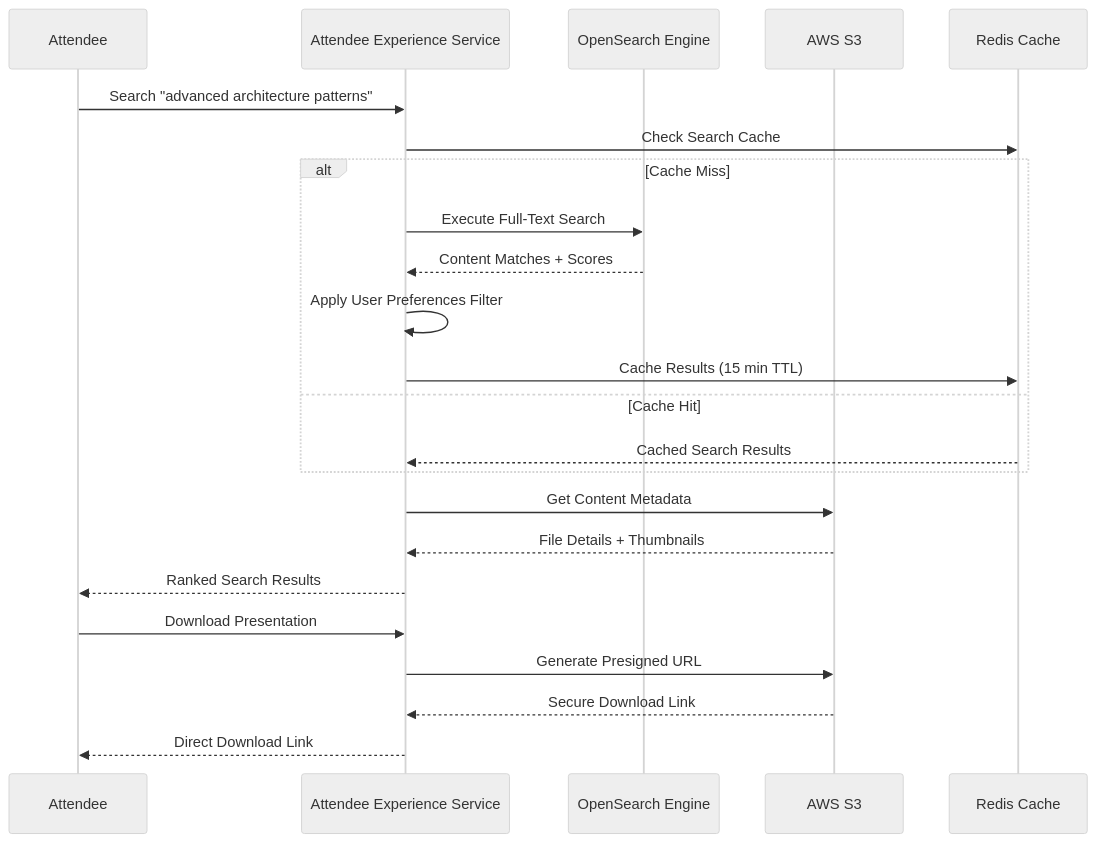
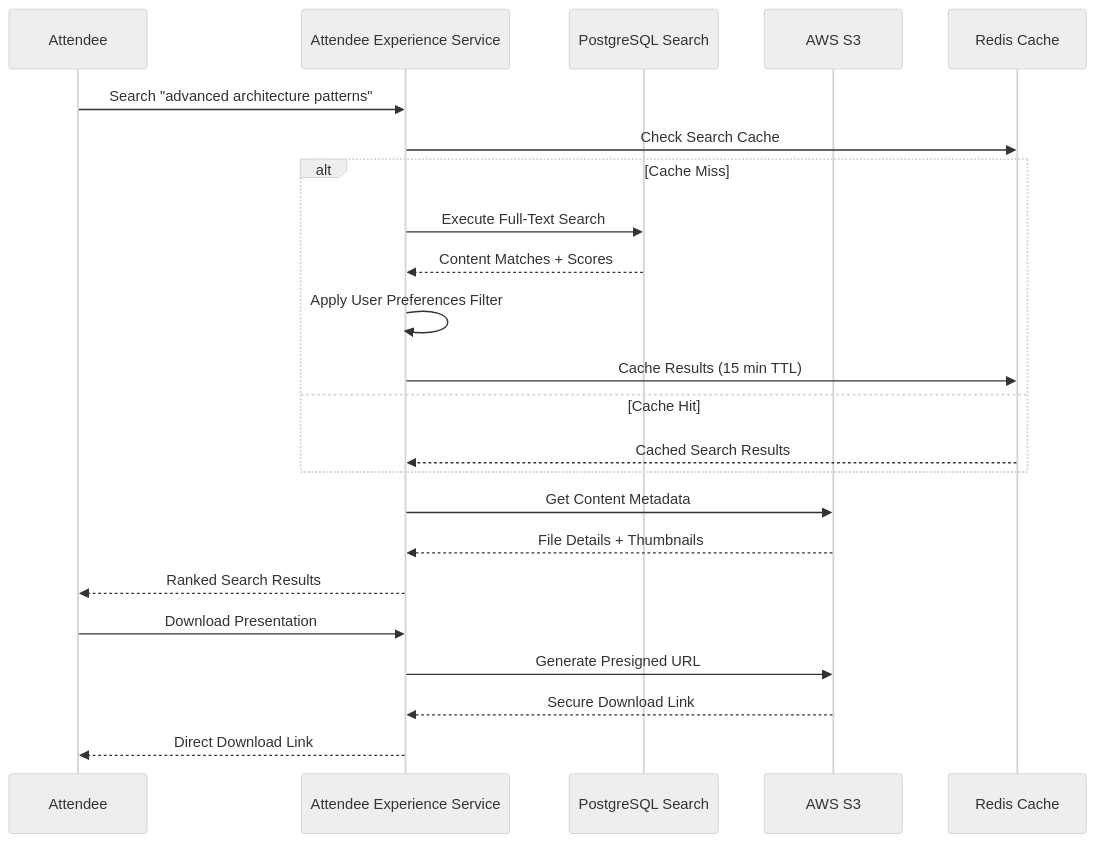
One commit to nissimbuchs/BATbern2 changed the third of 4 diagrams in docs/architecture/04-api-design.md. Above: the diagram before and after it, drawn with Mermaid (neutral theme). The commit also changed other lines of this file and 12 other files, not shown here.

````diff
--- a/docs/architecture/04-api-design.md
+++ b/docs/architecture/04-api-design.md
@@ -962,30 +909,30 @@
 ```mermaid
 sequenceDiagram
     participant A as Attendee
     participant AE as Attendee Experience Service
-    participant Search as OpenSearch Engine
+    participant Search as PostgreSQL Search
     participant S3 as AWS S3
     participant Cache as Redis Cache
 
     A->>AE: Search "advanced architecture patterns"
     AE->>Cache: Check Search Cache
 
     alt Cache Miss
         AE->>Search: Execute Full-Text Search
         Search-->>AE: Content Matches + Scores
         AE->>AE: Apply User Preferences Filter
         AE->>Cache: Cache Results (15 min TTL)
     else Cache Hit
         Cache-->>AE: Cached Search Results
     end
 
     AE->>S3: Get Content Metadata
     S3-->>AE: File Details + Thumbnails
 
     AE-->>A: Ranked Search Results
 
     A->>AE: Download Presentation
     AE->>S3: Generate Presigned URL
     S3-->>AE: Secure Download Link
     AE-->>A: Direct Download Link
 ```
````
